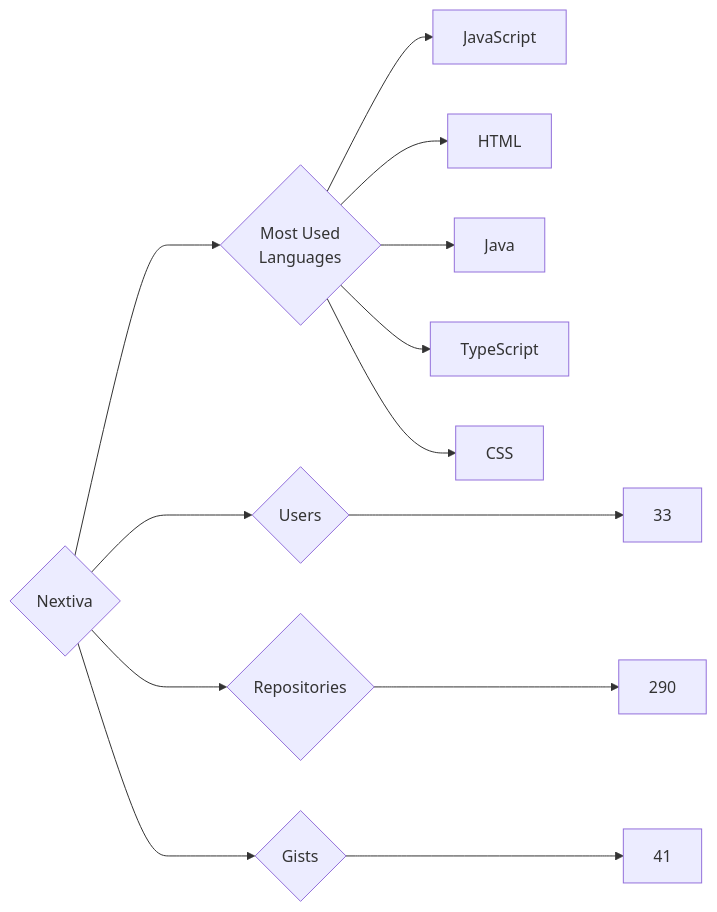
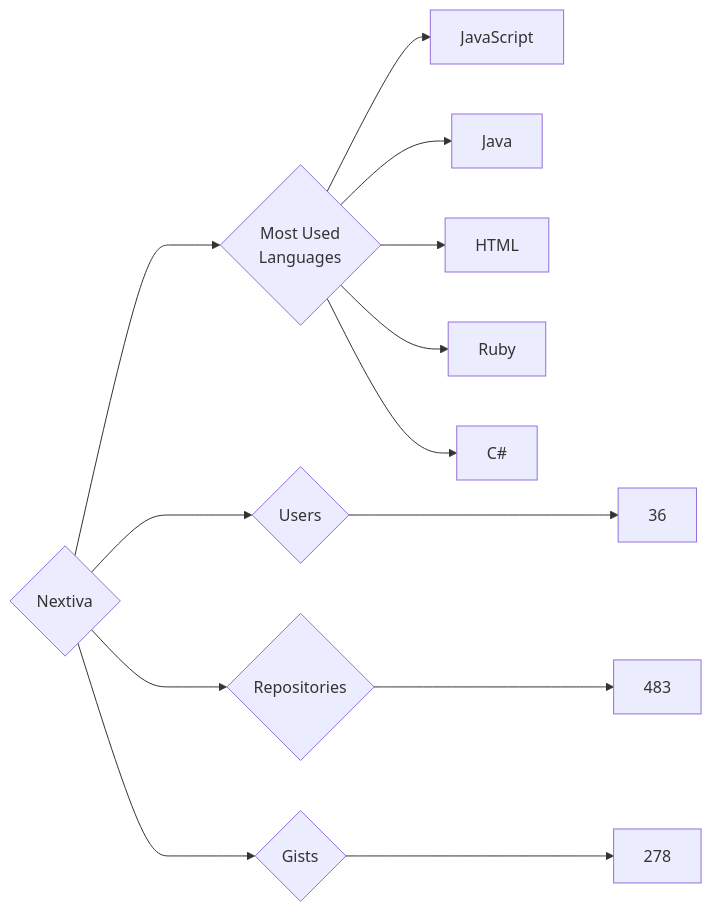
One commit to trickest/insiders changed the diagram in targets/Nextiva/README.md. Above: the diagram before and after it, drawn with Mermaid. The commit also changed 814 other files, not shown here.

````diff
--- a/targets/Nextiva/README.md
+++ b/targets/Nextiva/README.md
@@ -3,13 +3,13 @@
 ```mermaid
 graph LR
 COMPANY_NAME{Nextiva}
-COMPANY_NAME ---> U{Users} ---> UN[33]
-COMPANY_NAME ---> R{Repositories} ---> RN[290]
-COMPANY_NAME ---> G{Gists} ---> GN[41]
+COMPANY_NAME ---> U{Users} ---> UN[36]
+COMPANY_NAME ---> R{Repositories} ---> RN[483]
+COMPANY_NAME ---> G{Gists} ---> GN[278]
 COMPANY_NAME ---> ML{Most Used<br>Languages}
 ML --> JavaScript[JavaScript]
+ML --> Java[Java]
 ML --> HTML[HTML]
-ML --> Java[Java]
-ML --> TypeScript[TypeScript]
-ML --> CSS[CSS]
+ML --> Ruby[Ruby]
+ML --> C#[C#]
 ```
````
